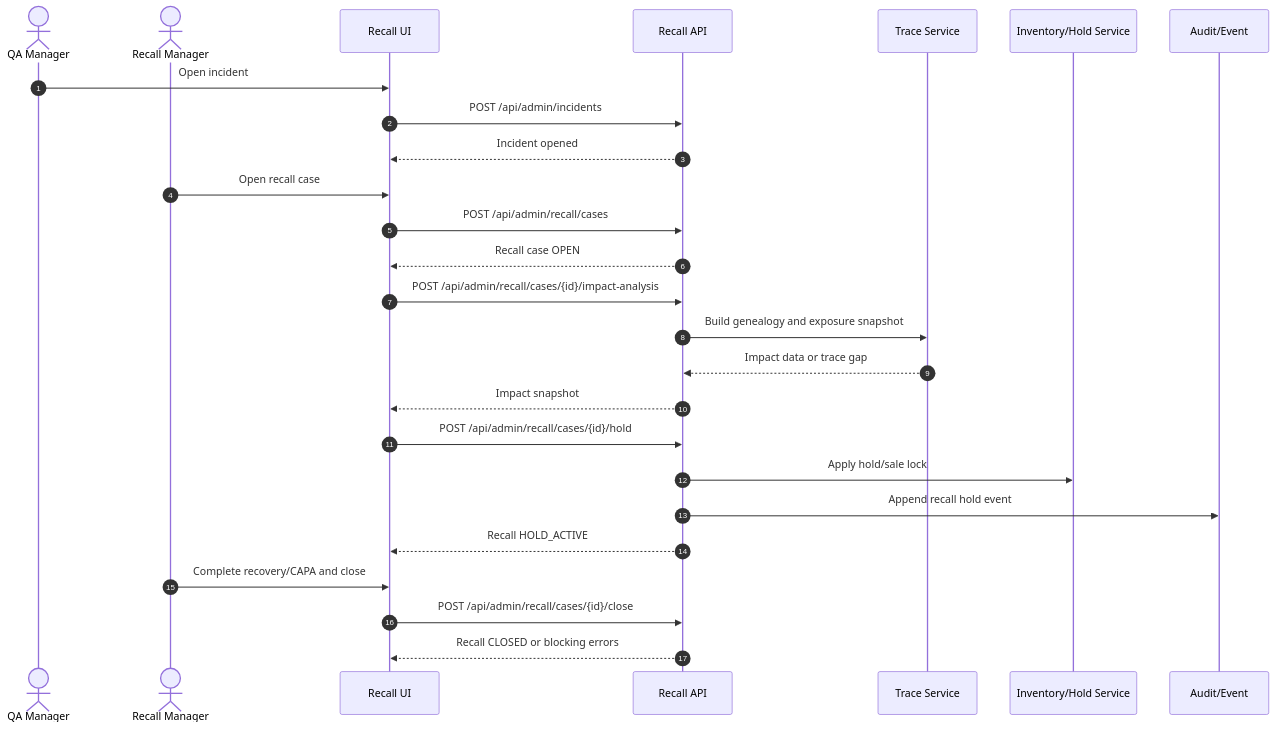
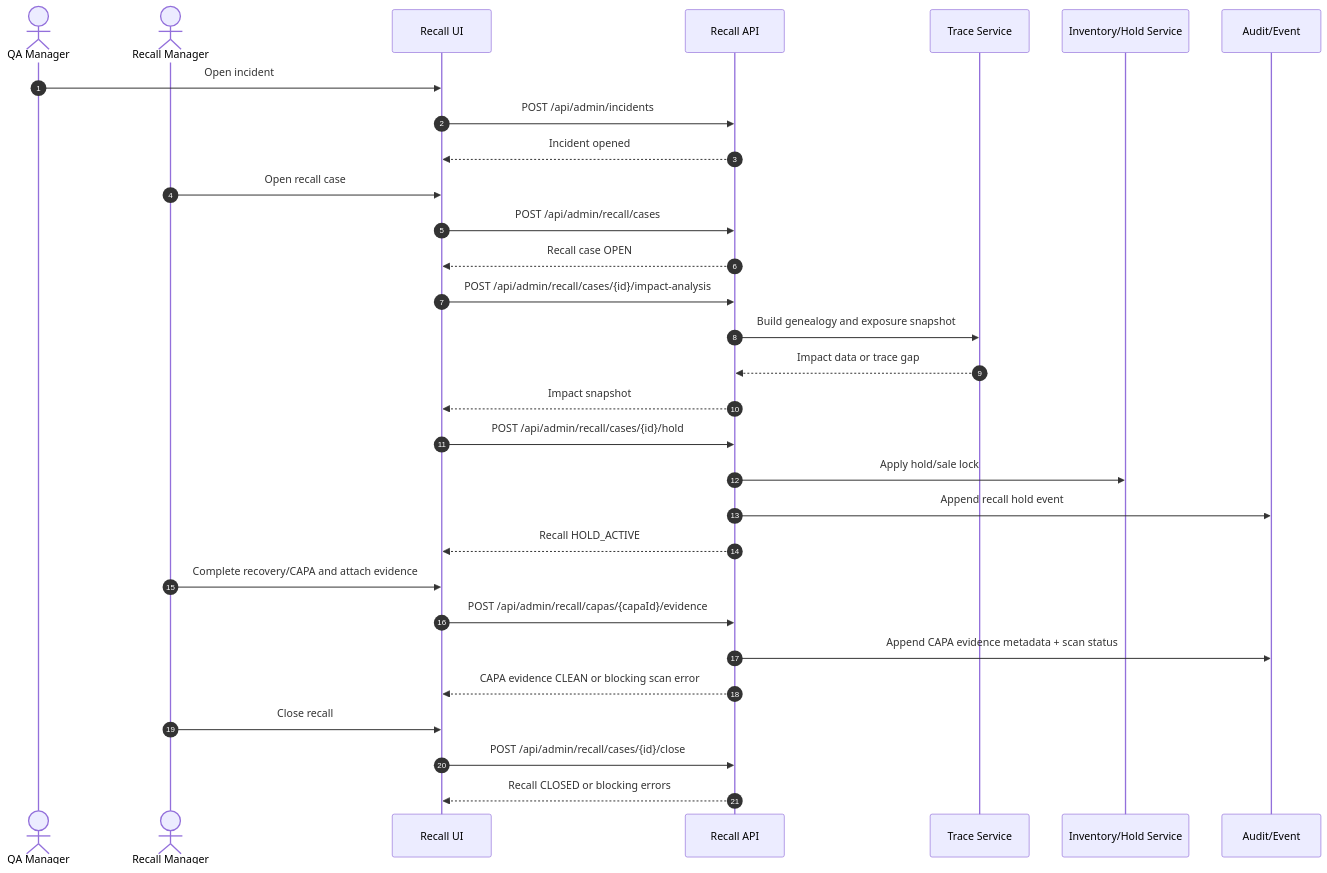
One commit to ngquoctoan2001/Ginsengfood-Operational-System changed the sixth of 7 diagrams in docs/software-specs/workflows/03_SEQUENCE_DIAGRAMS.md. Above: the diagram before and after it, drawn with Mermaid. The commit also changed 283 other files, not shown here.

````diff
--- a/docs/software-specs/workflows/03_SEQUENCE_DIAGRAMS.md
+++ b/docs/software-specs/workflows/03_SEQUENCE_DIAGRAMS.md
@@ -182,29 +182,33 @@
 ```mermaid
 sequenceDiagram
     autonumber
     actor QA as QA Manager
     actor Recall as Recall Manager
     participant UI as Recall UI
     participant RecallAPI as Recall API
     participant TraceSvc as Trace Service
     participant InvSvc as Inventory/Hold Service
     participant Audit as Audit/Event
 
     QA->>UI: Open incident
     UI->>RecallAPI: POST /api/admin/incidents
     RecallAPI-->>UI: Incident opened
     Recall->>UI: Open recall case
     UI->>RecallAPI: POST /api/admin/recall/cases
     RecallAPI-->>UI: Recall case OPEN
     UI->>RecallAPI: POST /api/admin/recall/cases/{id}/impact-analysis
     RecallAPI->>TraceSvc: Build genealogy and exposure snapshot
     TraceSvc-->>RecallAPI: Impact data or trace gap
     RecallAPI-->>UI: Impact snapshot
     UI->>RecallAPI: POST /api/admin/recall/cases/{id}/hold
     RecallAPI->>InvSvc: Apply hold/sale lock
     RecallAPI->>Audit: Append recall hold event
     RecallAPI-->>UI: Recall HOLD_ACTIVE
-    Recall->>UI: Complete recovery/CAPA and close
+    Recall->>UI: Complete recovery/CAPA and attach evidence
+    UI->>RecallAPI: POST /api/admin/recall/capas/{capaId}/evidence
+    RecallAPI->>Audit: Append CAPA evidence metadata + scan status
+    RecallAPI-->>UI: CAPA evidence CLEAN or blocking scan error
+    Recall->>UI: Close recall
     UI->>RecallAPI: POST /api/admin/recall/cases/{id}/close
     RecallAPI-->>UI: Recall CLOSED or blocking errors
 ```
````
